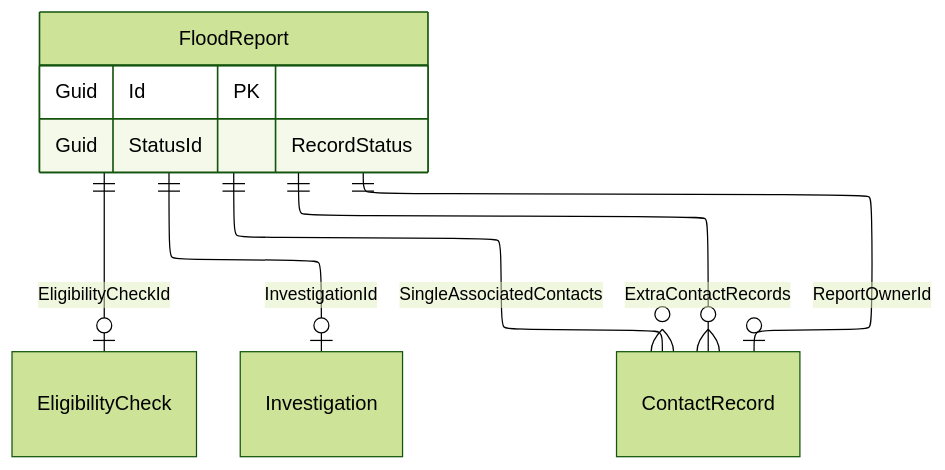
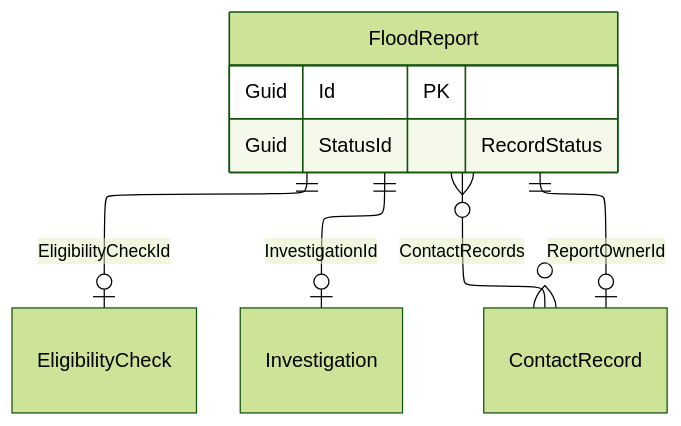
The diagram in designs/FloodReport.md (Dorset-Council-UK/FloodOnlineReportingTool.Public), drawn with Mermaid (forest theme) before and after one commit.

Commit message:
Updated flood report diagram

````diff
--- a/designs/FloodReport.md
+++ b/designs/FloodReport.md
@@ -25,16 +25,15 @@
 ```mermaid
 ---
 config:
   layout: elk
 ---
 erDiagram
   FloodReport {
     Guid Id PK
     Guid StatusId "RecordStatus"
   }
   FloodReport ||--o| EligibilityCheck : EligibilityCheckId
   FloodReport ||--o| Investigation : InvestigationId
   FloodReport ||--o| ContactRecord : ReportOwnerId
-  FloodReport ||--o{ ContactRecord : ExtraContactRecords
-  FloodReport ||--o{ ContactRecord : SingleAssociatedContacts
+  FloodReport }o--o{ ContactRecord : ContactRecords
 ```
````
